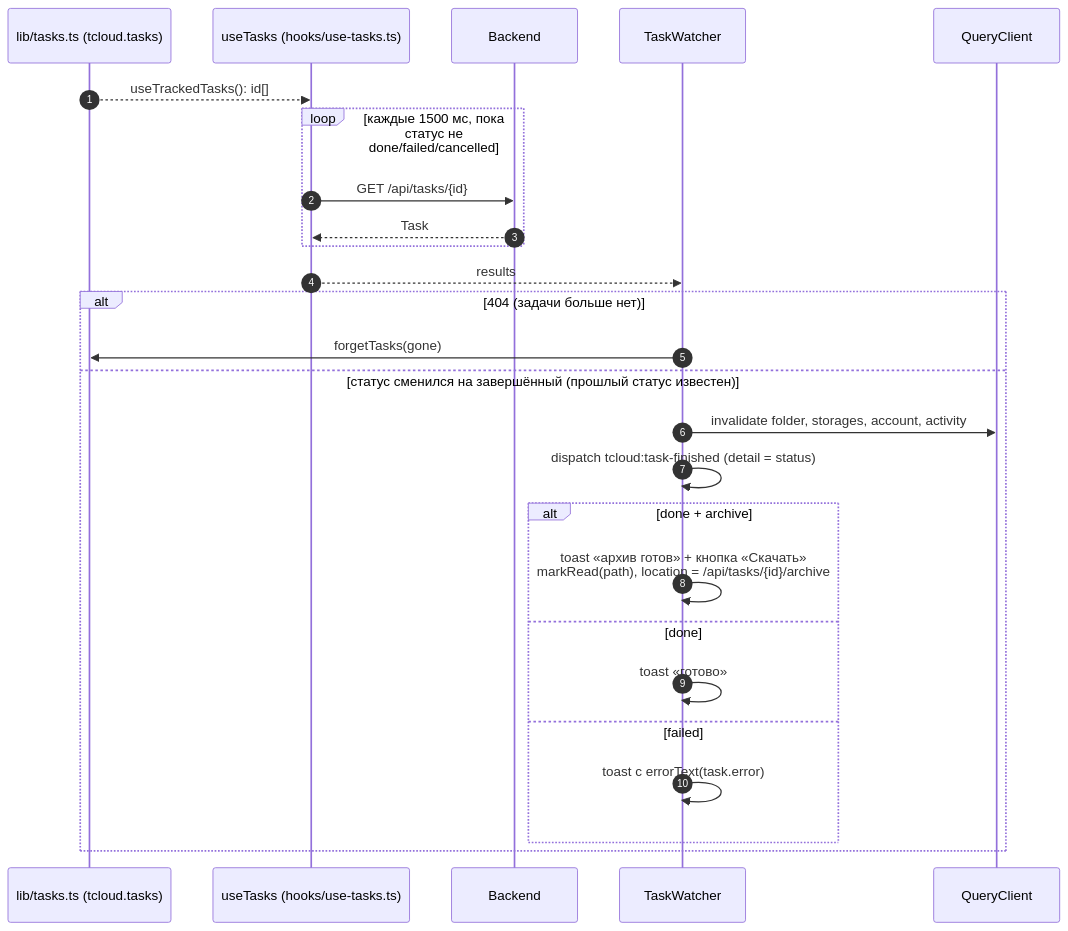
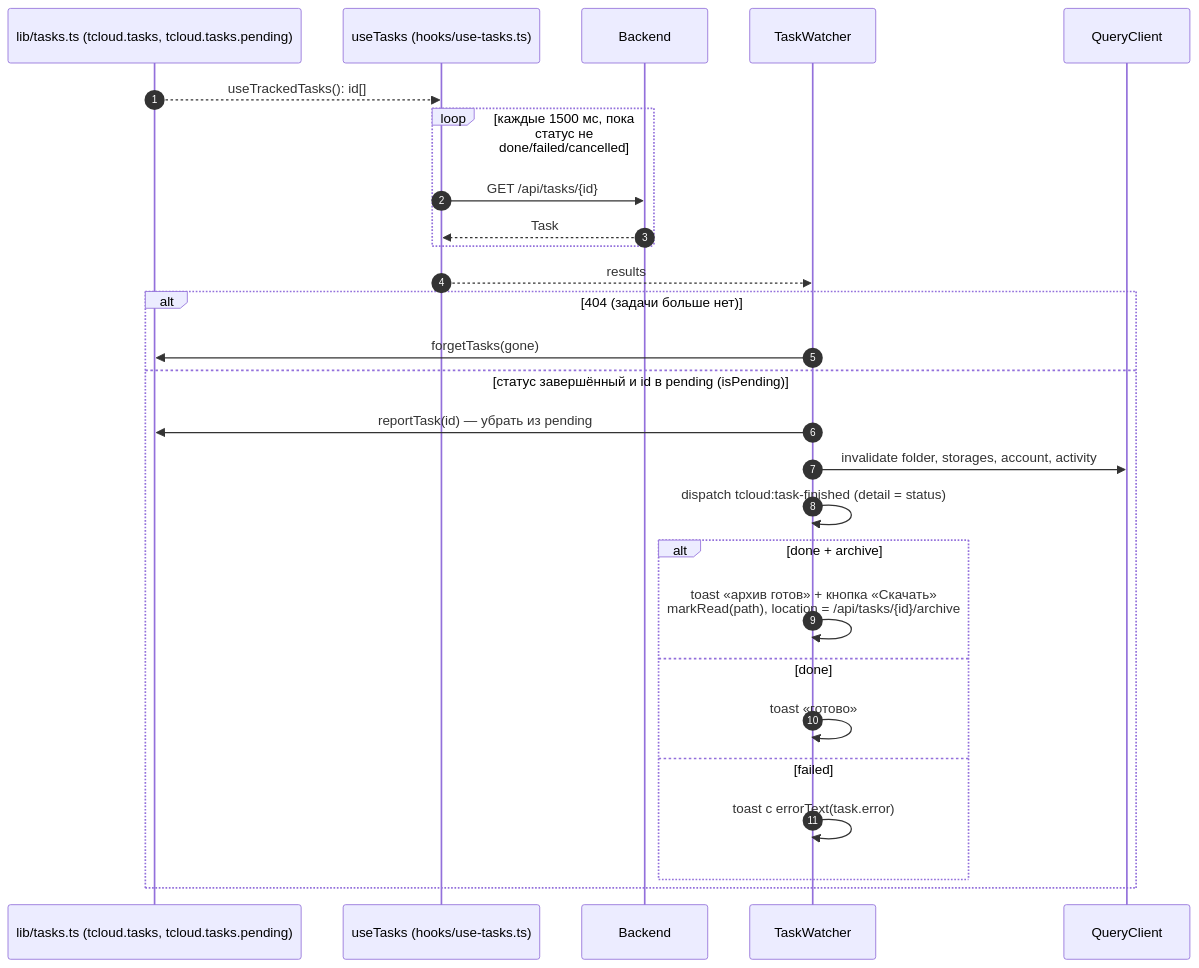
The third of 5 diagrams in docs/uploads-and-tasks.md (NikitkaZXC/tcloud-frontend), drawn with Mermaid before and after one commit. The commit also changed other lines of this file and 6 other files, not shown here.

Commit message:
fix: report tasks that are already finished on first poll

````diff
--- a/docs/uploads-and-tasks.md
+++ b/docs/uploads-and-tasks.md
@@ -77,28 +77,29 @@
 ```mermaid
 sequenceDiagram
     autonumber
-    participant T as lib/tasks.ts (tcloud.tasks)
+    participant T as lib/tasks.ts (tcloud.tasks, tcloud.tasks.pending)
     participant Q as useTasks (hooks/use-tasks.ts)
     participant B as Backend
     participant W as TaskWatcher
     participant C as QueryClient
     T-->>Q: useTrackedTasks(): id[]
     loop каждые 1500 мс, пока статус не done/failed/cancelled
         Q->>B: GET /api/tasks/{id}
         B-->>Q: Task
     end
     Q-->>W: results
     alt 404 (задачи больше нет)
         W->>T: forgetTasks(gone)
-    else статус сменился на завершённый (прошлый статус известен)
+    else статус завершённый и id в pending (isPending)
+        W->>T: reportTask(id) — убрать из pending
         W->>C: invalidate folder, storages, account, activity
         W->>W: dispatch tcloud:task-finished (detail = status)
         alt done + archive
             W->>W: toast «архив готов» + кнопка «Скачать»<br/>markRead(path), location = /api/tasks/{id}/archive
         else done
             W->>W: toast «готово»
         else failed
             W->>W: toast с errorText(task.error)
         end
     end
 ```
````
